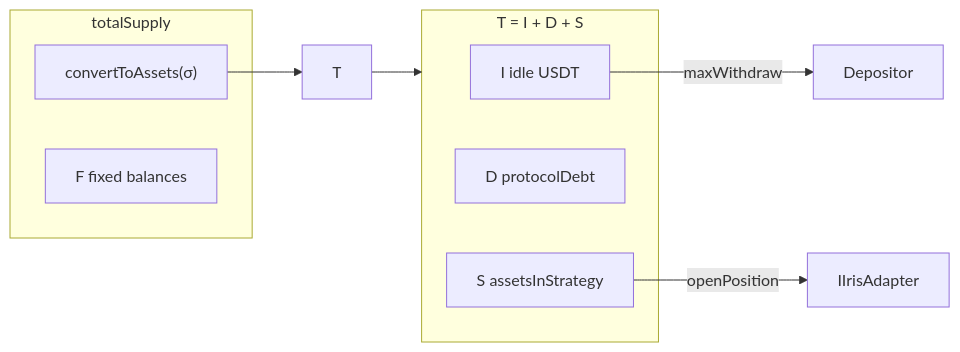
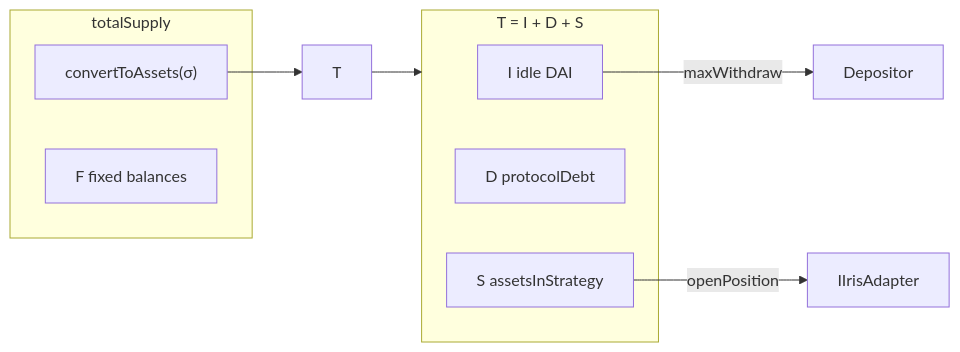
Before and after one commit to irislab-net/iris-docs: the first of 3 diagrams in gitbook/whitepaper/03-ixtoken_vault.md, drawn with Mermaid. The commit also changed other lines of this file and 26 other files, not shown here.

````diff
--- a/gitbook/whitepaper/03-ixtoken_vault.md
+++ b/gitbook/whitepaper/03-ixtoken_vault.md
@@ -85,16 +85,16 @@
 ```mermaid
 flowchart LR
   subgraph partitions [T = I + D + S]
-    I_box["I idle USDT"]
+    I_box["I idle DAI"]
     D_box["D protocolDebt"]
     S_box["S assetsInStrategy"]
   end
   subgraph liabilities [totalSupply]
     sigma["convertToAssets(σ)"]
     F_box["F fixed balances"]
   end
   T_val["T"] --> partitions
   sigma --> T_val
   I_box -->|maxWithdraw| User[Depositor]
   S_box -->|openPosition| Adapter[IIrisAdapter]
 ```
````
